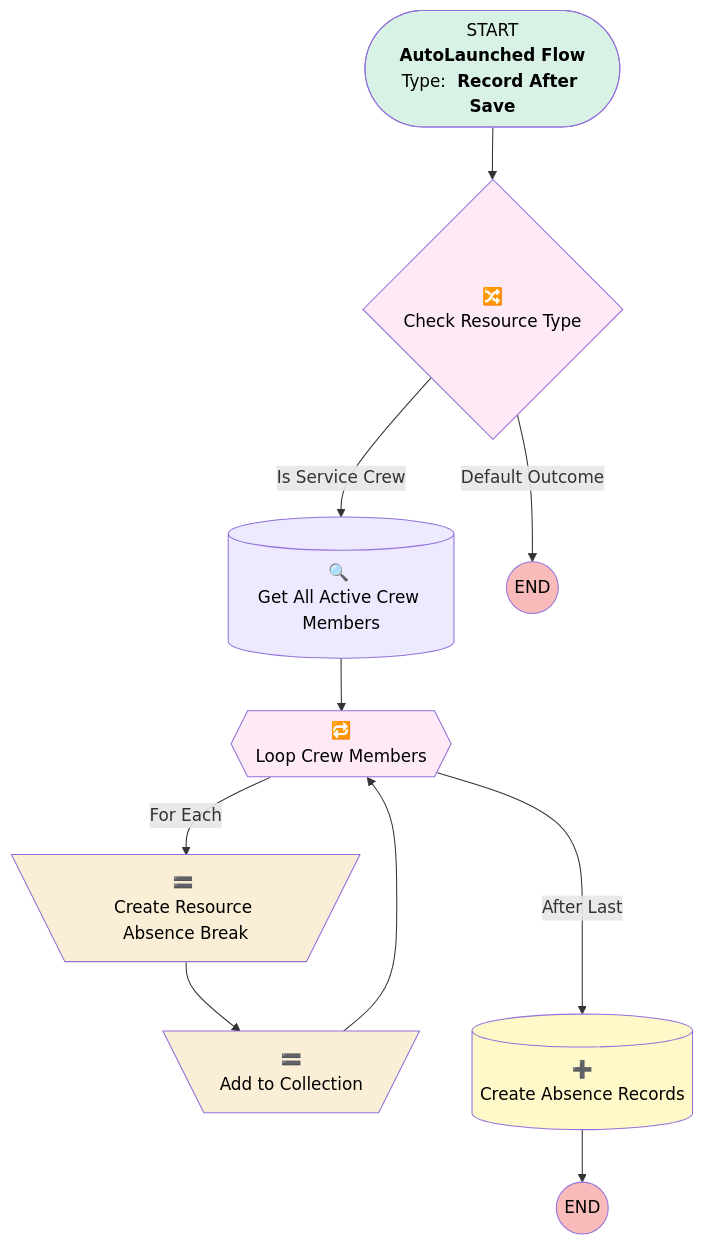
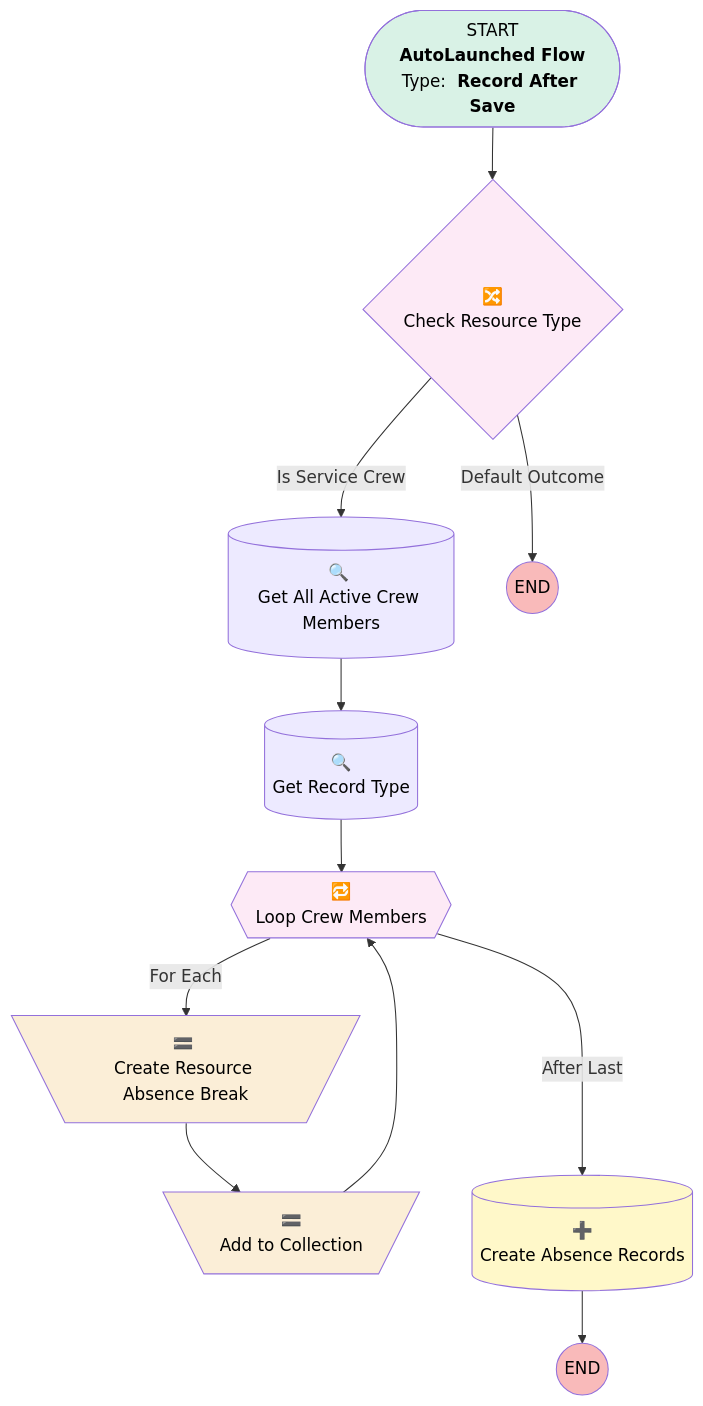
One commit to fpardon-upeo/krinkels-monitoring changed the diagram in docs/flows/ResourceAbsence_After_Save_Copy_Breaks_from_Crew_to_Agents.md. Above: the diagram before and after it, drawn with Mermaid. The commit also changed other lines of this file and 274 other files, not shown here.

````diff
--- a/docs/flows/ResourceAbsence_After_Save_Copy_Breaks_from_Crew_to_Agents.md
+++ b/docs/flows/ResourceAbsence_After_Save_Copy_Breaks_from_Crew_to_Agents.md
@@ -5,59 +5,63 @@
 ```mermaid
 %% If you read this, your Markdown visualizer does not handle MermaidJS syntax.
 %% - If you are in VsCode, install extension `Markdown Preview Mermaid Support` at https://marketplace.visualstudio.com/items?itemName=bierner.markdown-mermaid
 %% - If you are using sfdx-hardis, try to define env variable `MERMAID_MODES=cli,docker` ,then run again the command to regenerate markdown with SVG images.
 %% - If you are within mkdocs-material, define mermaid plugin in `mkdocs.yml` as described in https://squidfunk.github.io/mkdocs-material/extensions/mermaid/
 %% - At last resort, you can copy-paste this MermaidJS code in https://mermaid.live/ to see the Flow Diagram
 
 flowchart TB
 START(["START<br/><b>AutoLaunched Flow</b></br>Type: <b> Record After Save</b>"]):::startClass
-click START "#general-information" "2629820792"
+click START "#general-information" "930083117"
 
 Add_to_Collection[\"🟰 <em></em><br/>Add to Collection"/]:::assignments
 click Add_to_Collection "#add_to_collection" "2093847205"
 
 Create_Resource_Absence_Break[\"🟰 <em></em><br/>Create Resource Absence Break"/]:::assignments
-click Create_Resource_Absence_Break "#create_resource_absence_break" "3023409388"
+click Create_Resource_Absence_Break "#create_resource_absence_break" "1654522149"
 
 Check_Resource_Type{"🔀 <em></em><br/>Check Resource Type"}:::decisions
 click Check_Resource_Type "#check_resource_type" "52591280"
 
 Loop_Crew_Members{{"🔁 <em></em><br/>Loop Crew Members"}}:::loops
 click Loop_Crew_Members "#loop_crew_members" "4144468357"
 
 Create_Absence_Records[("➕ <em></em><br/>Create Absence Records")]:::recordCreates
 click Create_Absence_Records "#create_absence_records" "4286375857"
 
 Get_All_Active_Crew_Members[("🔍 <em></em><br/>Get All Active Crew Members")]:::recordLookups
-click Get_All_Active_Crew_Members "#get_all_active_crew_members" "2659357698"
+click Get_All_Active_Crew_Members "#get_all_active_crew_members" "3121819883"
+
+Get_Record_Type[("🔍 <em></em><br/>Get Record Type")]:::recordLookups
+click Get_Record_Type "#get_record_type" "4191922071"
 
 Add_to_Collection --> Loop_Crew_Members
 Create_Resource_Absence_Break --> Add_to_Collection
 Check_Resource_Type --> |"Is Service Crew"| Get_All_Active_Crew_Members
 Check_Resource_Type --> |"Default Outcome"| END_Check_Resource_Type
 Loop_Crew_Members --> |"For Each"|Create_Resource_Absence_Break
 Loop_Crew_Members ---> |"After Last"|Create_Absence_Records
 Create_Absence_Records --> END_Create_Absence_Records
-Get_All_Active_Crew_Members --> Loop_Crew_Members
+Get_All_Active_Crew_Members --> Get_Record_Type
+Get_Record_Type --> Loop_Crew_Members
 START -->  Check_Resource_Type
 END_Check_Resource_Type(( END )):::endClass
 END_Create_Absence_Records(( END )):::endClass
 
 
 classDef actionCalls fill:#D4E4FC,color:black,text-decoration:none,max-height:100px
 classDef assignments fill:#FBEED7,color:black,text-decoration:none,max-height:100px
 classDef collectionProcessors fill:#F0E3FA,color:black,text-decoration:none,max-height:100px
 classDef customErrors fill:#FFE9E9,color:black,text-decoration:none,max-height:100px
 classDef decisions fill:#FDEAF6,color:black,text-decoration:none,max-height:100px
 classDef loops fill:#FDEAF6,color:black,text-decoration:none,max-height:100px
 classDef recordCreates fill:#FFF8C9,color:black,text-decoration:none,max-height:100px
 classDef recordDeletes fill:#FFF8C9,color:black,text-decoration:none,max-height:100px
 classDef recordLookups fill:#EDEAFF,color:black,text-decoration:none,max-height:100px
 classDef recordUpdates fill:#FFF8C9,color:black,text-decoration:none,max-height:100px
 classDef screens fill:#DFF6FF,color:black,text-decoration:none,max-height:100px
 classDef subflows fill:#D4E4FC,color:black,text-decoration:none,max-height:100px
 classDef startClass fill:#D9F2E6,color:black,text-decoration:none,max-height:100px
 classDef endClass fill:#F9BABA,color:black,text-decoration:none,max-height:100px
 
 
 ```
````
